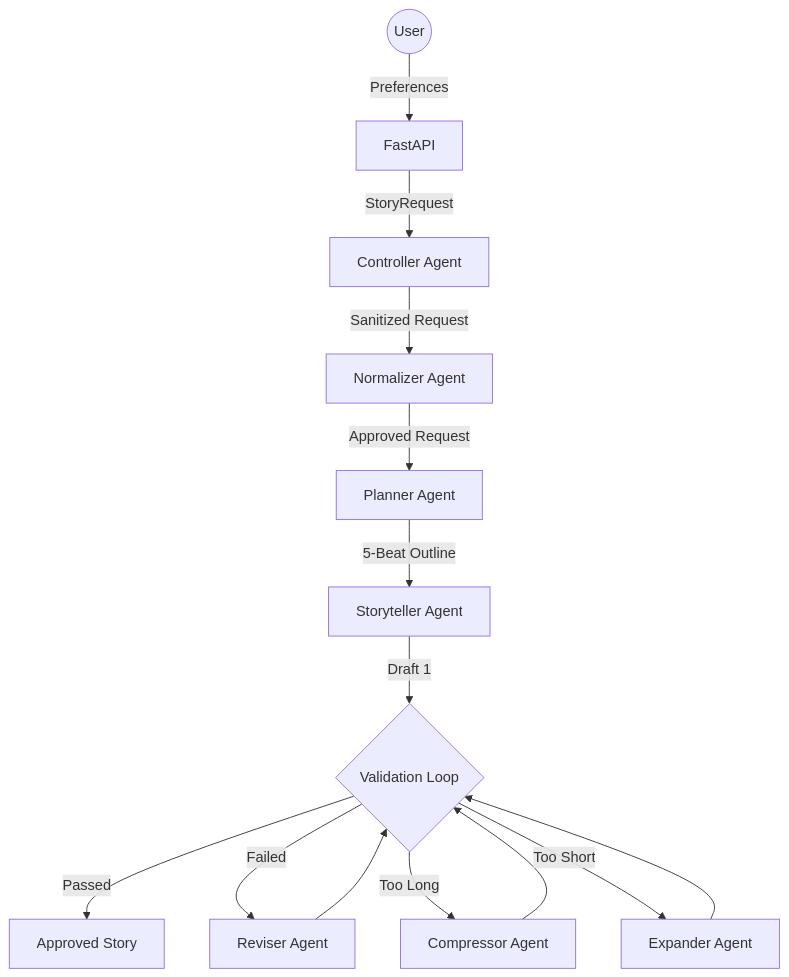
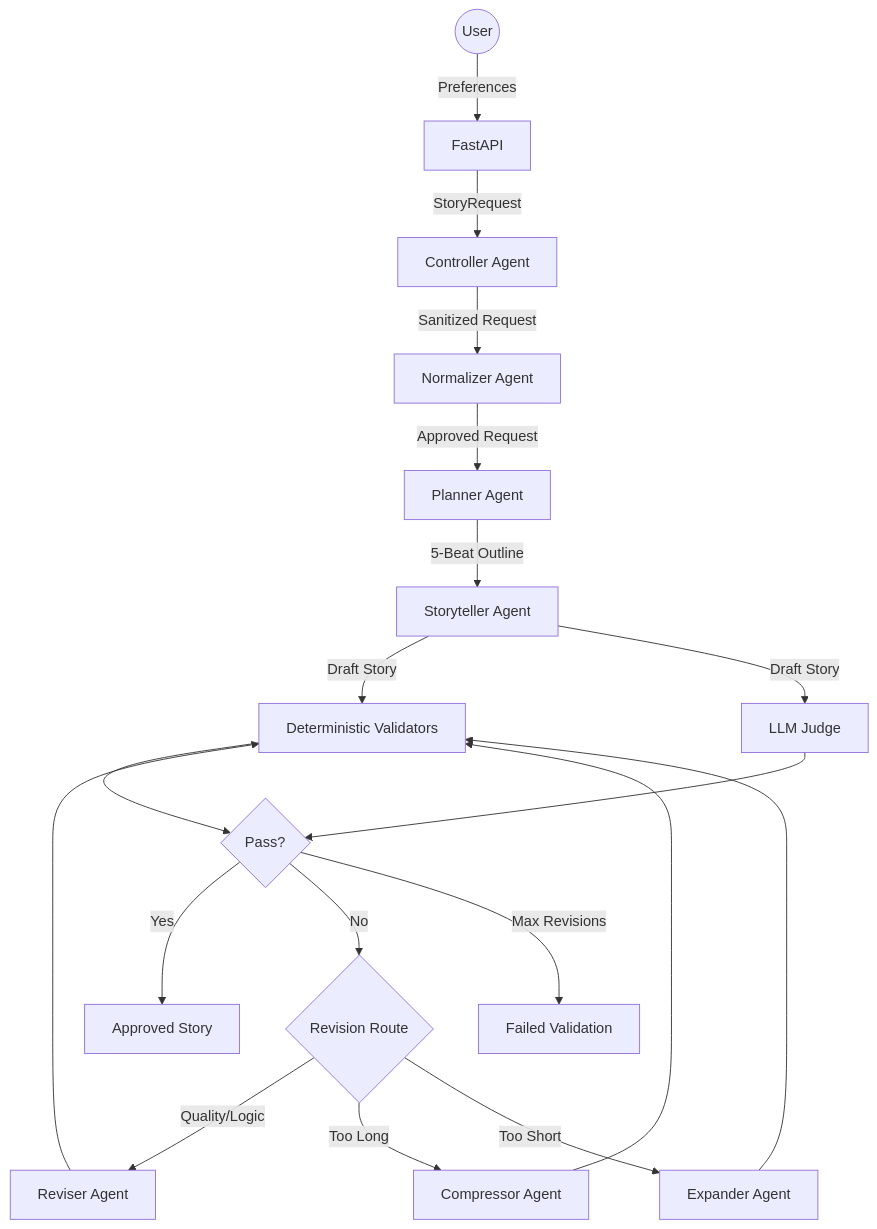
The first of 2 diagrams in docs/SYSTEM_DESIGN.md (mansii-28/Bedtime_Story_Generator), drawn with Mermaid before and after one commit. The commit also changed 1 other file, not shown here.

Commit message:
Update system architecture diagrams to include LLM Judge and Validators

````diff
--- a/docs/SYSTEM_DESIGN.md
+++ b/docs/SYSTEM_DESIGN.md
@@ -7,18 +7,26 @@
 ```mermaid
 graph TD
     User((User)) -->|Preferences| API[FastAPI]
     API -->|StoryRequest| Controller[Controller Agent]
     Controller -->|Sanitized Request| Normalizer[Normalizer Agent]
     Normalizer -->|Approved Request| Planner[Planner Agent]
     Planner -->|5-Beat Outline| Storyteller[Storyteller Agent]
-    Storyteller -->|Draft 1| Loop{Validation Loop}
     
-    Loop -->|Passed| Approved[Approved Story]
-    Loop -->|Failed| Reviser[Reviser Agent]
-    Loop -->|Too Long| Compressor[Compressor Agent]
-    Loop -->|Too Short| Expander[Expander Agent]
+    Storyteller -->|Draft Story| Validators[Deterministic Validators]
+    Storyteller -->|Draft Story| Judge[LLM Judge]
     
-    Reviser --> Loop
-    Compressor --> Loop
-    Expander --> Loop
+    Validators --> Decision{Pass?}
+    Judge --> Decision
+    
+    Decision -->|Yes| Approved[Approved Story]
+    Decision -->|No| RevisionRoute{Revision Route}
+    Decision -->|Max Revisions| Failed[Failed Validation]
+    
+    RevisionRoute -->|Quality/Logic| Reviser[Reviser Agent]
+    RevisionRoute -->|Too Long| Compressor[Compressor Agent]
+    RevisionRoute -->|Too Short| Expander[Expander Agent]
+    
+    Reviser --> Validators
+    Compressor --> Validators
+    Expander --> Validators
 ```
````
